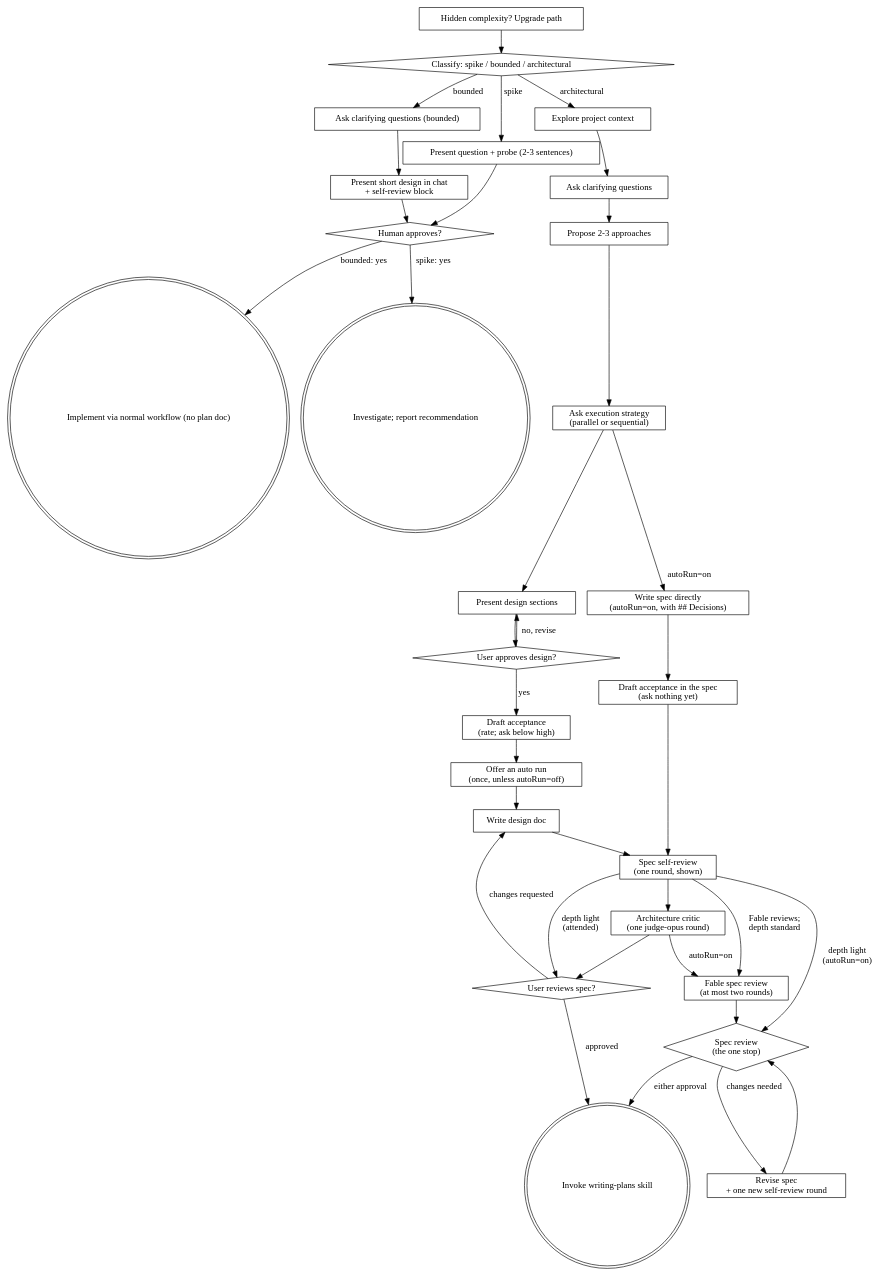
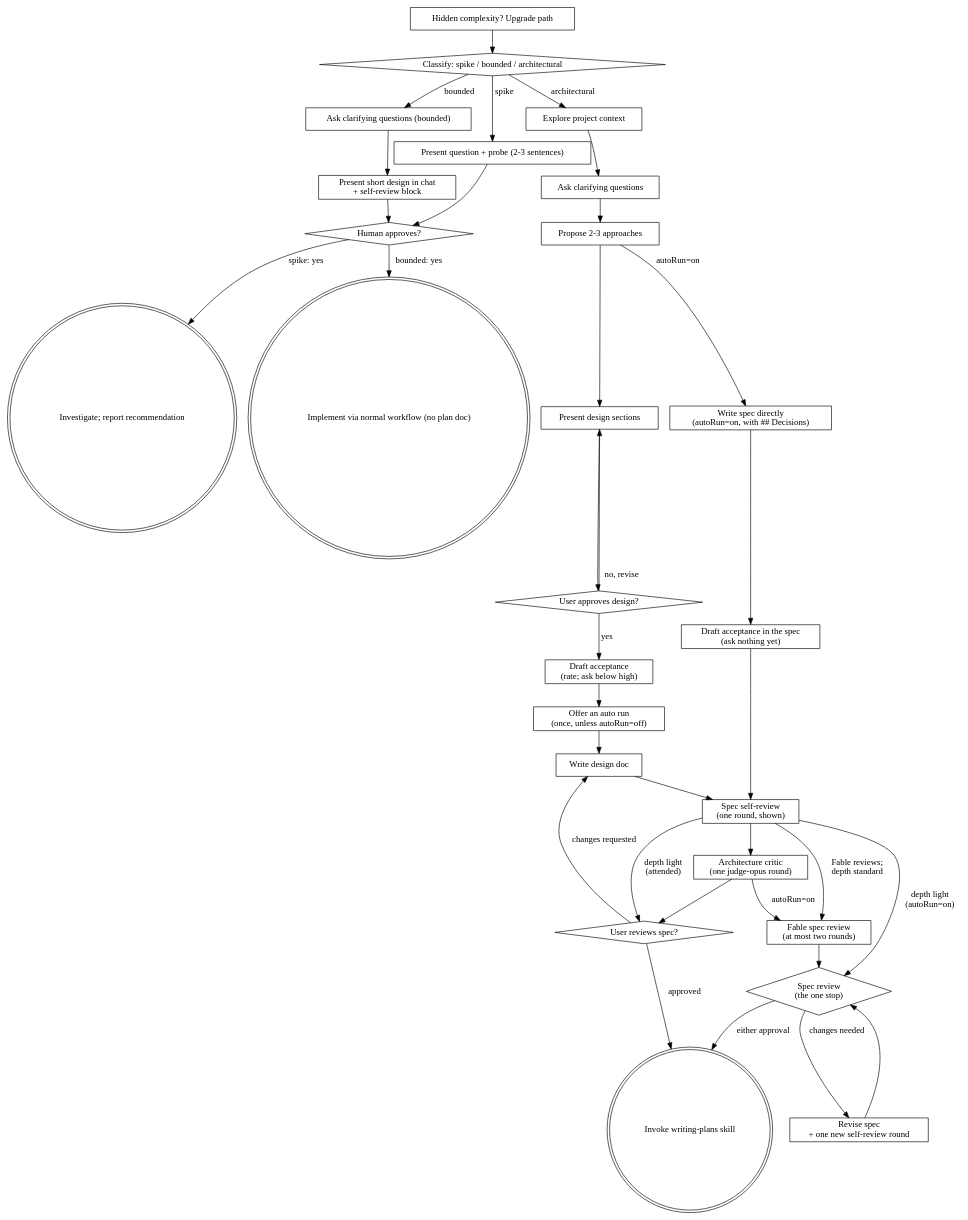
The diagram in plugins/dforge/skills/brainstorming/references/process-flow.md (darkraise/darkraise-ai-plugins), drawn with Graphviz before and after one commit. The commit also changed 16 other files, not shown here.

````diff
--- a/plugins/dforge/skills/brainstorming/references/process-flow.md
+++ b/plugins/dforge/skills/brainstorming/references/process-flow.md
@@ -3,65 +3,63 @@
 ```dot
 digraph brainstorming {
     "Classify: spike / bounded / architectural" [shape=diamond];
     "Present question + probe (2-3 sentences)" [shape=box];
     "Ask clarifying questions (bounded)" [shape=box];
     "Present short design in chat\n+ self-review block" [shape=box];
     "Human approves?" [shape=diamond];
     "Investigate; report recommendation" [shape=doublecircle];
     "Implement via normal workflow (no plan doc)" [shape=doublecircle];
     "Explore project context" [shape=box];
     "Ask clarifying questions" [shape=box];
     "Propose 2-3 approaches" [shape=box];
-    "Ask execution strategy\n(parallel or sequential)" [shape=box];
     "Present design sections" [shape=box];
     "User approves design?" [shape=diamond];
     "Draft acceptance\n(rate; ask below high)" [shape=box];
     "Offer an auto run\n(once, unless autoRun=off)" [shape=box];
     "Write design doc" [shape=box];
     "Spec self-review\n(one round, shown)" [shape=box];
     "Architecture critic\n(one judge-opus round)" [shape=box];
     "User reviews spec?" [shape=diamond];
     "Invoke writing-plans skill" [shape=doublecircle];
     "Hidden complexity? Upgrade path" [shape=box];
     "Write spec directly\n(autoRun=on, with ## Decisions)" [shape=box];
     "Draft acceptance in the spec\n(ask nothing yet)" [shape=box];
     "Fable spec review\n(at most two rounds)" [shape=box];
     "Spec review\n(the one stop)" [shape=diamond];
     "Revise spec\n+ one new self-review round" [shape=box];
 
     "Classify: spike / bounded / architectural" -> "Present question + probe (2-3 sentences)" [label="spike"];
     "Classify: spike / bounded / architectural" -> "Ask clarifying questions (bounded)" [label="bounded"];
     "Classify: spike / bounded / architectural" -> "Explore project context" [label="architectural"];
     "Present question + probe (2-3 sentences)" -> "Human approves?";
     "Ask clarifying questions (bounded)" -> "Present short design in chat\n+ self-review block";
     "Present short design in chat\n+ self-review block" -> "Human approves?";
     "Human approves?" -> "Investigate; report recommendation" [label="spike: yes"];
     "Human approves?" -> "Implement via normal workflow (no plan doc)" [label="bounded: yes"];
     "Hidden complexity? Upgrade path" -> "Classify: spike / bounded / architectural";
     "Explore project context" -> "Ask clarifying questions";
     "Ask clarifying questions" -> "Propose 2-3 approaches";
-    "Propose 2-3 approaches" -> "Ask execution strategy\n(parallel or sequential)";
-    "Ask execution strategy\n(parallel or sequential)" -> "Present design sections";
+    "Propose 2-3 approaches" -> "Present design sections";
     "Present design sections" -> "User approves design?";
     "User approves design?" -> "Present design sections" [label="no, revise"];
     "User approves design?" -> "Draft acceptance\n(rate; ask below high)" [label="yes"];
     "Draft acceptance\n(rate; ask below high)" -> "Offer an auto run\n(once, unless autoRun=off)";
     "Offer an auto run\n(once, unless autoRun=off)" -> "Write design doc";
     "Write design doc" -> "Spec self-review\n(one round, shown)";
     "Spec self-review\n(one round, shown)" -> "Architecture critic\n(one judge-opus round)";
     "Architecture critic\n(one judge-opus round)" -> "User reviews spec?";
     "User reviews spec?" -> "Write design doc" [label="changes requested"];
     "User reviews spec?" -> "Invoke writing-plans skill" [label="approved"];
-    "Ask execution strategy\n(parallel or sequential)" -> "Write spec directly\n(autoRun=on, with ## Decisions)" [label="autoRun=on"];
+    "Propose 2-3 approaches" -> "Write spec directly\n(autoRun=on, with ## Decisions)" [label="autoRun=on"];
     "Write spec directly\n(autoRun=on, with ## Decisions)" -> "Draft acceptance in the spec\n(ask nothing yet)";
     "Draft acceptance in the spec\n(ask nothing yet)" -> "Spec self-review\n(one round, shown)";
     "Architecture critic\n(one judge-opus round)" -> "Fable spec review\n(at most two rounds)" [label="autoRun=on"];
     "Spec self-review\n(one round, shown)" -> "Fable spec review\n(at most two rounds)" [label="Fable reviews;\ndepth standard"];
     "Spec self-review\n(one round, shown)" -> "Spec review\n(the one stop)" [label="depth light\n(autoRun=on)"];
     "Spec self-review\n(one round, shown)" -> "User reviews spec?" [label="depth light\n(attended)"];
     "Fable spec review\n(at most two rounds)" -> "Spec review\n(the one stop)";
     "Spec review\n(the one stop)" -> "Revise spec\n+ one new self-review round" [label="changes needed"];
     "Revise spec\n+ one new self-review round" -> "Spec review\n(the one stop)";
     "Spec review\n(the one stop)" -> "Invoke writing-plans skill" [label="either approval"];
 }
 ```
````
